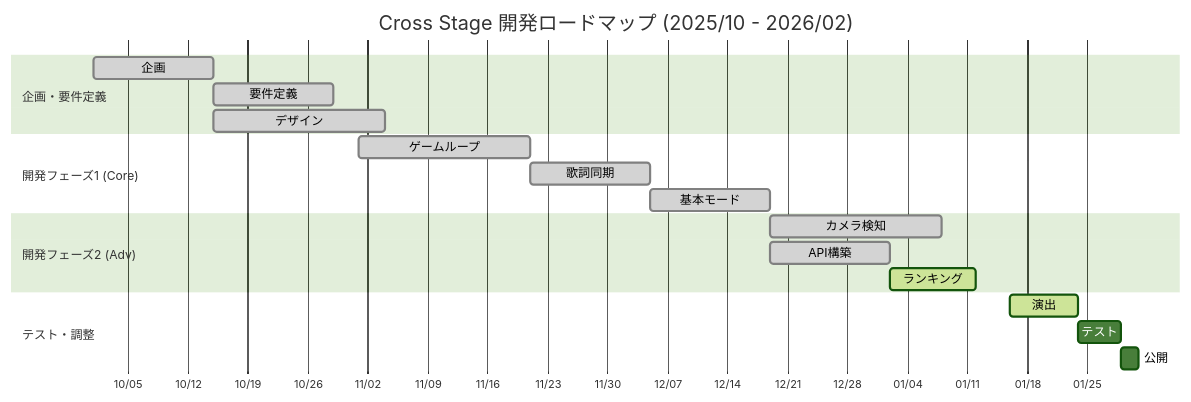
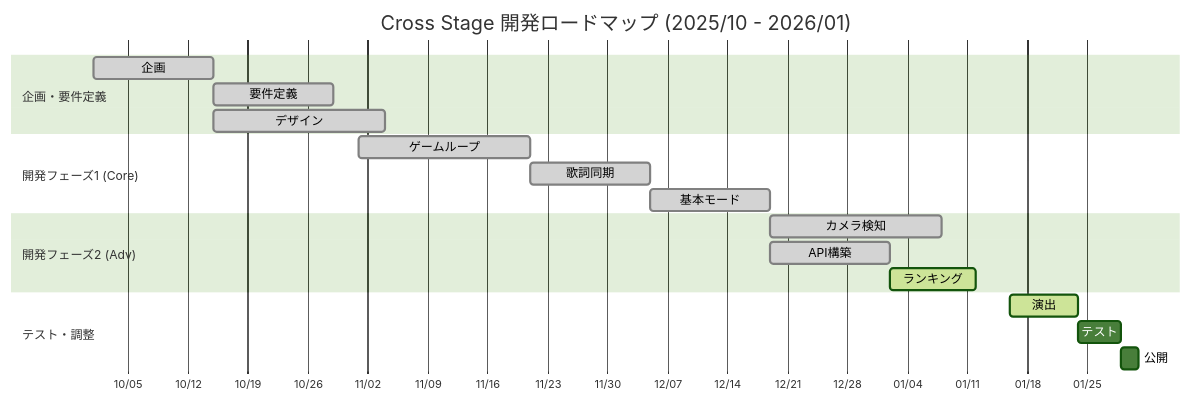
Before and after one commit to syusyusyusyu/star: the sixth of 9 diagrams in README.md, drawn with Mermaid (forest theme).

Commit message:
fix: 開発スケジュールのロードマップ期間を修正

````diff
--- a/README.md
+++ b/README.md
@@ -195,26 +195,26 @@
 ```mermaid
 gantt
-    title Cross Stage 開発ロードマップ (2025/10 - 2026/02)
+    title Cross Stage 開発ロードマップ (2025/10 - 2026/01)
     dateFormat  YYYY-MM-DD
     axisFormat %m/%d
     
     section 企画・要件定義
     企画               :done, a1, 2025-10-01, 14d
     要件定義           :done, a2, after a1, 14d
     デザイン           :done, a3, after a1, 20d
     
     section 開発フェーズ1 (Core)
     ゲームループ       :done, b1, 2025-11-01, 20d
     歌詞同期           :done, b2, after b1, 14d
     基本モード         :done, b3, after b2, 14d
     
     section 開発フェーズ2 (Adv)
     カメラ検知         :done, c1, after b3, 20d
     API構築            :done, c2, after b3, 14d
     ランキング         :active, c3, after c2, 10d
     
     section テスト・調整
     演出               :active, d1, 2026-01-16, 8d
     テスト             :d2, after d1, 5d
     公開               :d3, after d2, 2d
 ```
````
